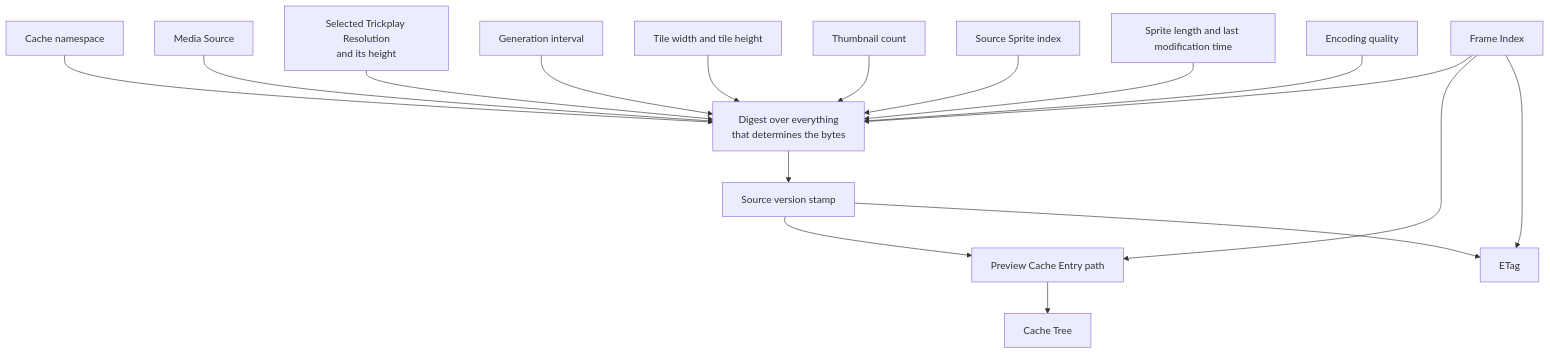
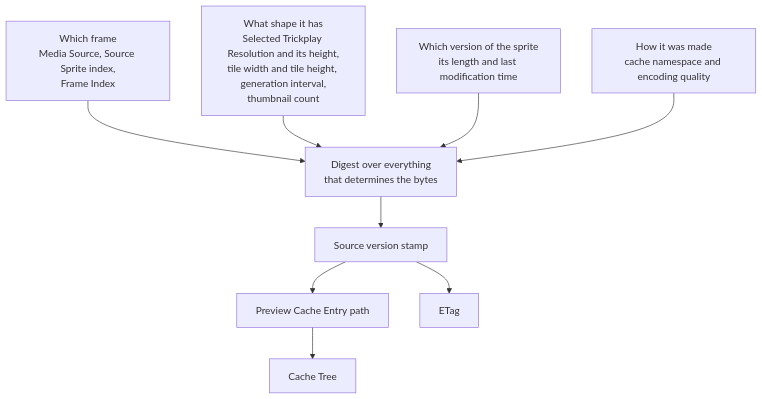
One commit to xiakeng/trickplay-cropper changed the diagram in prototypes/business-documentation-set/draft/preview-cache.md. Above: the diagram before and after it, drawn with Mermaid. The commit also changed other lines of this file and 7 other files, not shown here.

First line of the commit message:
Fix diagram orientation and split deep views

````diff
--- a/prototypes/business-documentation-set/draft/preview-cache.md
+++ b/prototypes/business-documentation-set/draft/preview-cache.md
@@ -43,20 +43,12 @@
 ```mermaid
 flowchart TD
-    NS["Cache namespace"] --> D["Digest over everything<br/>that determines the bytes"]
-    MS["Media Source"] --> D
-    W["Selected Trickplay Resolution<br/>and its height"] --> D
-    I["Generation interval"] --> D
-    TW["Tile width and tile height"] --> D
-    N["Thumbnail count"] --> D
-    SI["Source Sprite index"] --> D
-    V["Sprite length and last modification time"] --> D
-    F["Frame Index"] --> D
-    Q["Encoding quality"] --> D
+    Where["Which frame<br/>Media Source, Source Sprite index,<br/>Frame Index"] --> D["Digest over everything<br/>that determines the bytes"]
+    Shape["What shape it has<br/>Selected Trickplay Resolution and its height,<br/>tile width and tile height, generation interval,<br/>thumbnail count"] --> D
+    Version["Which version of the sprite<br/>its length and last modification time"] --> D
+    How["How it was made<br/>cache namespace and encoding quality"] --> D
 
     D --> Stamp["Source version stamp"]
     Stamp --> Path["Preview Cache Entry path"]
     Stamp --> Tag["ETag"]
-    F --> Path
-    F --> Tag
     Path --> Tree["Cache Tree"]
 ```
````
